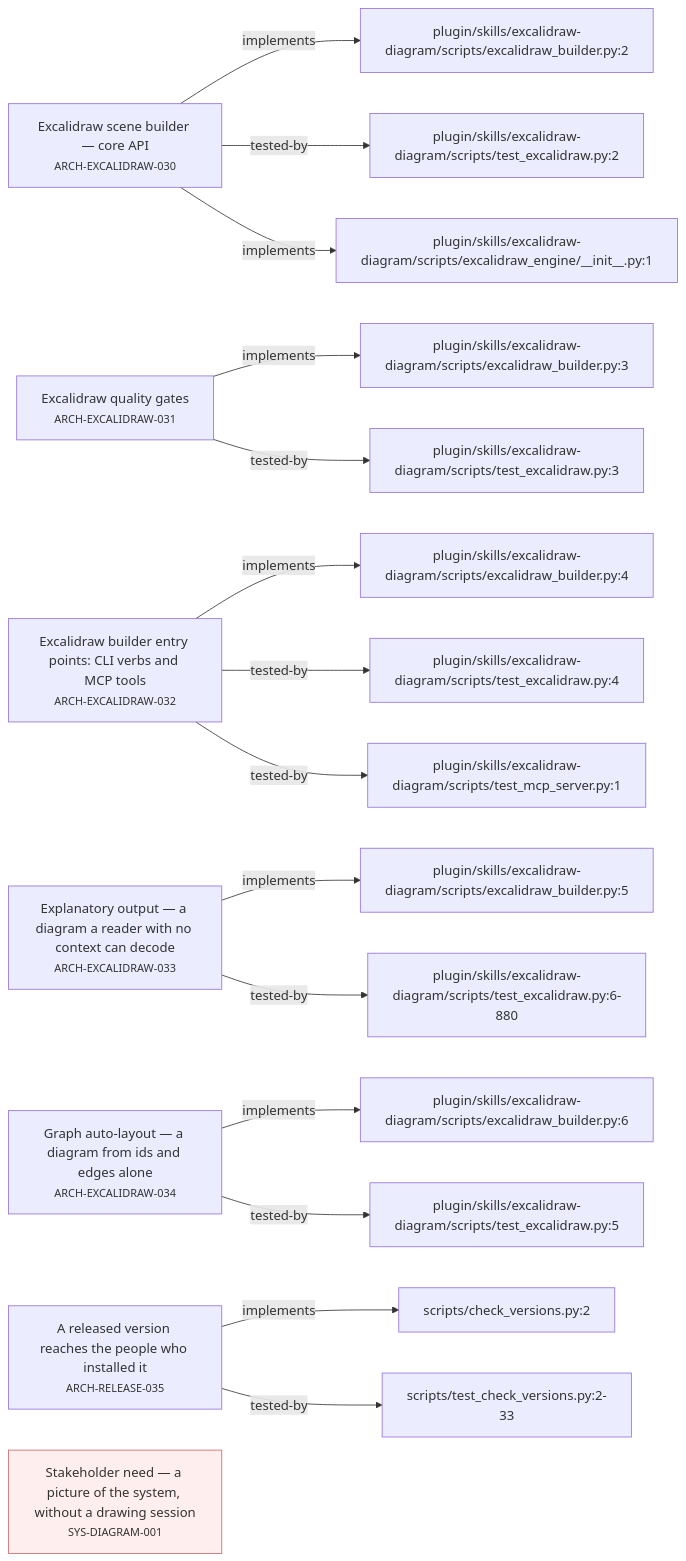
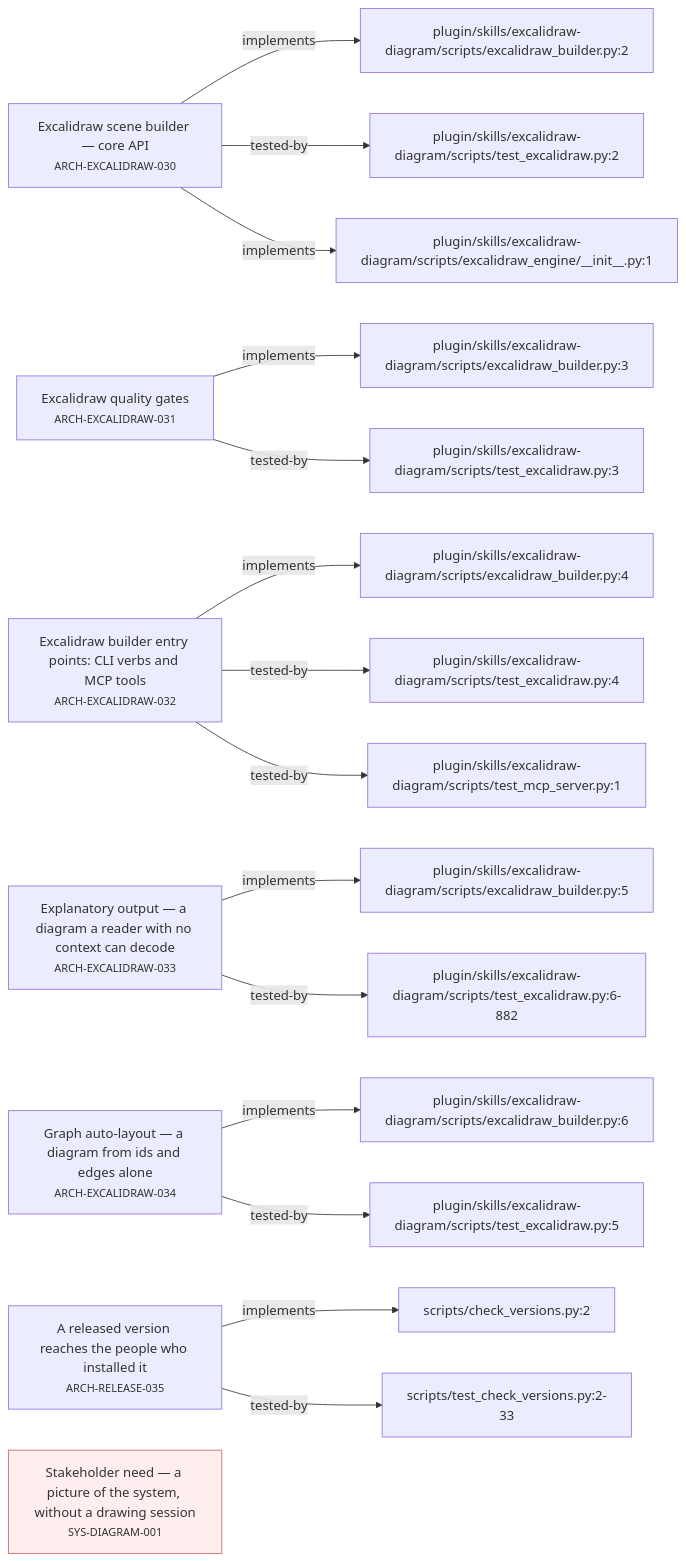
Before and after one commit to alxmax/excalidraw-diagram: the second of 4 diagrams in requirements/_map.md, drawn with Mermaid. The commit also changed other lines of this file and 23 other files, not shown here.

````diff
--- a/requirements/_map.md
+++ b/requirements/_map.md
@@ -53,39 +54,39 @@
 ```mermaid
 graph LR
   ARCH_EXCALIDRAW_030["Excalidraw scene builder — core API<br><small>ARCH-EXCALIDRAW-030</small>"]
   f_plugin_skills_excalidraw_diagram_scripts_excalidraw_builder_py_2["plugin/skills/excalidraw-diagram/scripts/excalidraw_builder.py:2"]
   ARCH_EXCALIDRAW_030 -->|implements| f_plugin_skills_excalidraw_diagram_scripts_excalidraw_builder_py_2
   f_plugin_skills_excalidraw_diagram_scripts_test_excalidraw_py_2["plugin/skills/excalidraw-diagram/scripts/test_excalidraw.py:2"]
   ARCH_EXCALIDRAW_030 -->|tested-by| f_plugin_skills_excalidraw_diagram_scripts_test_excalidraw_py_2
   f_plugin_skills_excalidraw_diagram_scripts_excalidraw_engine___init___py_1["plugin/skills/excalidraw-diagram/scripts/excalidraw_engine/__init__.py:1"]
   ARCH_EXCALIDRAW_030 -->|implements| f_plugin_skills_excalidraw_diagram_scripts_excalidraw_engine___init___py_1
   ARCH_EXCALIDRAW_031["Excalidraw quality gates<br><small>ARCH-EXCALIDRAW-031</small>"]
   f_plugin_skills_excalidraw_diagram_scripts_excalidraw_builder_py_3["plugin/skills/excalidraw-diagram/scripts/excalidraw_builder.py:3"]
   ARCH_EXCALIDRAW_031 -->|implements| f_plugin_skills_excalidraw_diagram_scripts_excalidraw_builder_py_3
   f_plugin_skills_excalidraw_diagram_scripts_test_excalidraw_py_3["plugin/skills/excalidraw-diagram/scripts/test_excalidraw.py:3"]
   ARCH_EXCALIDRAW_031 -->|tested-by| f_plugin_skills_excalidraw_diagram_scripts_test_excalidraw_py_3
   ARCH_EXCALIDRAW_032["Excalidraw builder entry points: CLI verbs and MCP tools<br><small>ARCH-EXCALIDRAW-032</small>"]
   f_plugin_skills_excalidraw_diagram_scripts_excalidraw_builder_py_4["plugin/skills/excalidraw-diagram/scripts/excalidraw_builder.py:4"]
   ARCH_EXCALIDRAW_032 -->|implements| f_plugin_skills_excalidraw_diagram_scripts_excalidraw_builder_py_4
   f_plugin_skills_excalidraw_diagram_scripts_test_excalidraw_py_4["plugin/skills/excalidraw-diagram/scripts/test_excalidraw.py:4"]
   ARCH_EXCALIDRAW_032 -->|tested-by| f_plugin_skills_excalidraw_diagram_scripts_test_excalidraw_py_4
   f_plugin_skills_excalidraw_diagram_scripts_test_mcp_server_py_1["plugin/skills/excalidraw-diagram/scripts/test_mcp_server.py:1"]
   ARCH_EXCALIDRAW_032 -->|tested-by| f_plugin_skills_excalidraw_diagram_scripts_test_mcp_server_py_1
   ARCH_EXCALIDRAW_033["Explanatory output — a diagram a reader with no context can decode<br><small>ARCH-EXCALIDRAW-033</small>"]
   f_plugin_skills_excalidraw_diagram_scripts_excalidraw_builder_py_5["plugin/skills/excalidraw-diagram/scripts/excalidraw_builder.py:5"]
   ARCH_EXCALIDRAW_033 -->|implements| f_plugin_skills_excalidraw_diagram_scripts_excalidraw_builder_py_5
-  f_plugin_skills_excalidraw_diagram_scripts_test_excalidraw_py_6_880["plugin/skills/excalidraw-diagram/scripts/test_excalidraw.py:6-880"]
-  ARCH_EXCALIDRAW_033 -->|tested-by| f_plugin_skills_excalidraw_diagram_scripts_test_excalidraw_py_6_880
+  f_plugin_skills_excalidraw_diagram_scripts_test_excalidraw_py_6_882["plugin/skills/excalidraw-diagram/scripts/test_excalidraw.py:6-882"]
+  ARCH_EXCALIDRAW_033 -->|tested-by| f_plugin_skills_excalidraw_diagram_scripts_test_excalidraw_py_6_882
   ARCH_EXCALIDRAW_034["Graph auto-layout — a diagram from ids and edges alone<br><small>ARCH-EXCALIDRAW-034</small>"]
   f_plugin_skills_excalidraw_diagram_scripts_excalidraw_builder_py_6["plugin/skills/excalidraw-diagram/scripts/excalidraw_builder.py:6"]
   ARCH_EXCALIDRAW_034 -->|implements| f_plugin_skills_excalidraw_diagram_scripts_excalidraw_builder_py_6
   f_plugin_skills_excalidraw_diagram_scripts_test_excalidraw_py_5["plugin/skills/excalidraw-diagram/scripts/test_excalidraw.py:5"]
   ARCH_EXCALIDRAW_034 -->|tested-by| f_plugin_skills_excalidraw_diagram_scripts_test_excalidraw_py_5
   ARCH_RELEASE_035["A released version reaches the people who installed it<br><small>ARCH-RELEASE-035</small>"]
   f_scripts_check_versions_py_2["scripts/check_versions.py:2"]
   ARCH_RELEASE_035 -->|implements| f_scripts_check_versions_py_2
   f_scripts_test_check_versions_py_2_33["scripts/test_check_versions.py:2-33"]
   ARCH_RELEASE_035 -->|tested-by| f_scripts_test_check_versions_py_2_33
   SYS_DIAGRAM_001["Stakeholder need — a picture of the system, without a drawing session<br><small>SYS-DIAGRAM-001</small>"]
   style SYS_DIAGRAM_001 fill:#fee,stroke:#c66
 ```
````
